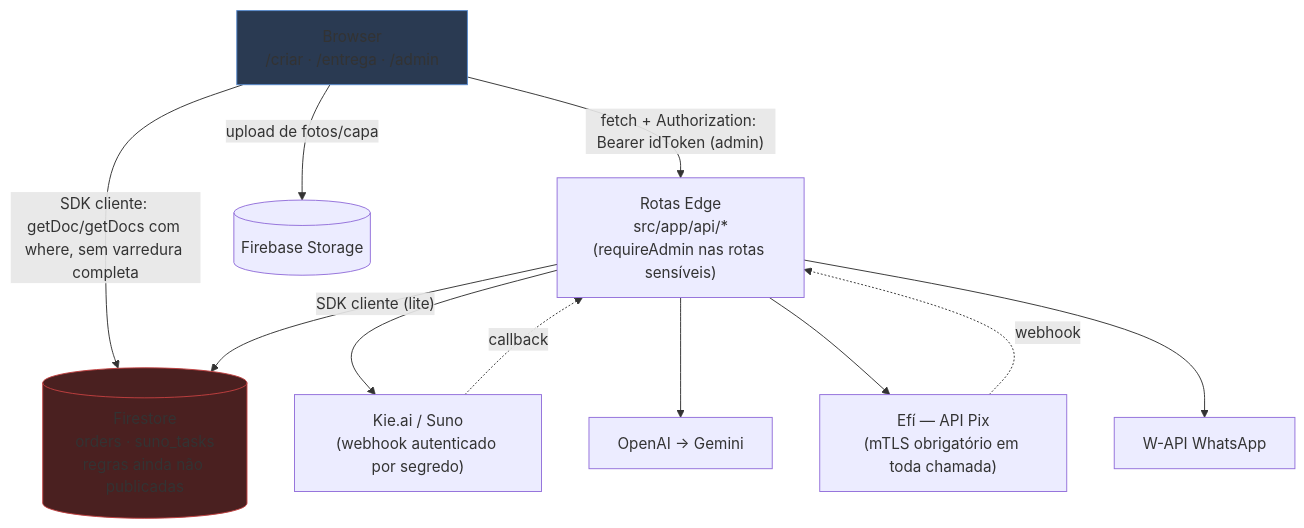
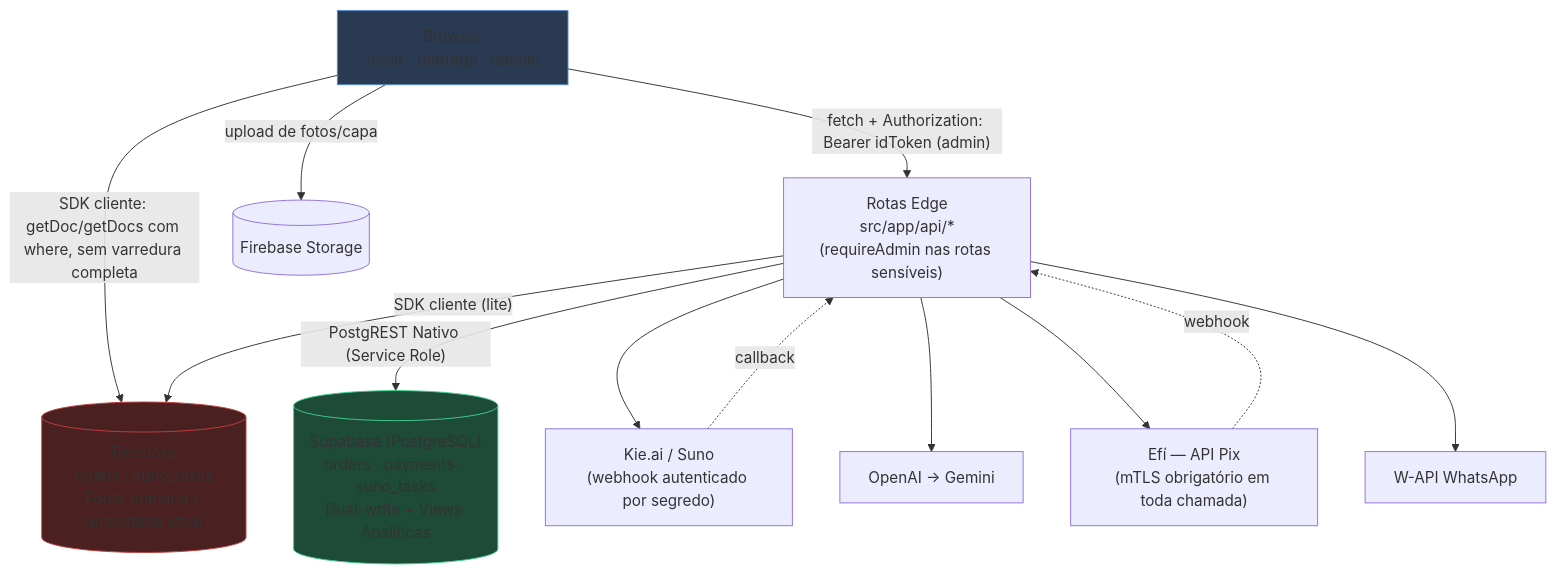
One commit to nsnexus/nsmusic- changed the diagram in docs/ARCHITECTURE.md. Above: the diagram before and after it, drawn with Mermaid. The commit also changed other lines of this file and 67 other files, not shown here.

Commit message:
feat(supabase): migracao progressiva com dual-write, aceleracao do admin e sincronizacao de audio R2

````diff
--- a/docs/ARCHITECTURE.md
+++ b/docs/ARCHITECTURE.md
@@ -21,23 +21,26 @@
 ```mermaid
 graph TD
     B["Browser<br/>/criar · /entrega · /admin"]
     E["Rotas Edge<br/>src/app/api/*<br/>(requireAdmin nas rotas sensíveis)"]
-    FS[("Firestore<br/>orders · suno_tasks<br/>regras ainda não publicadas")]
+    FS[("Firestore<br/>orders · suno_tasks<br/>Fonte primária / autoridade atual")]
+    SB[("Supabase (PostgreSQL)<br/>orders · payments · suno_tasks<br/>Dual-write + Views Analíticas")]
     ST[("Firebase Storage")]
 
     B -->|"fetch + Authorization: Bearer idToken (admin)"| E
     B -->|"SDK cliente: getDoc/getDocs com where, sem varredura completa"| FS
     B -->|"upload de fotos/capa"| ST
     E -->|"SDK cliente (lite)"| FS
+    E -->|"PostgREST Nativo (Service Role)"| SB
 
     E --> KIE["Kie.ai / Suno<br/>(webhook autenticado por segredo)"]
     E --> AI["OpenAI → Gemini"]
     E --> EFI["Efí — API Pix<br/>(mTLS obrigatório em toda chamada)"]
     E --> WA["W-API WhatsApp"]
 
     KIE -.->|"callback"| E
     EFI -.->|"webhook"| E
 
     style FS fill:#4a2020,stroke:#c04040
+    style SB fill:#1e4a38,stroke:#3ecf8e
     style B fill:#2a3a52,stroke:#5588cc
 ```
````
